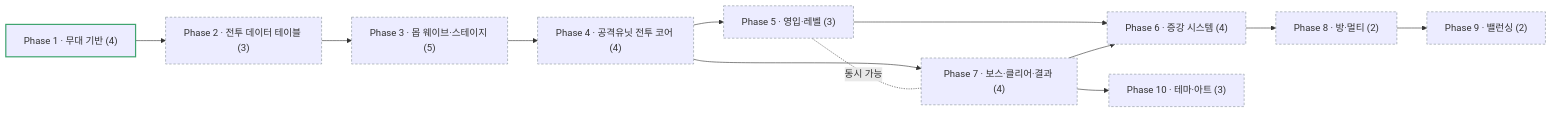
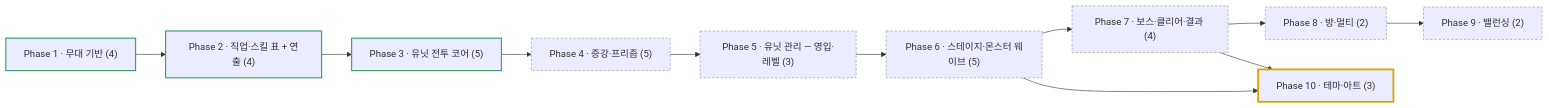
One commit to HaSungJe/msw changed the diagram in .beaver/output/roadmap/maple-augment-defense-roadmap.md. Above: the diagram before and after it, drawn with Mermaid. The commit also changed other lines of this file and 2 other files, not shown here.

````diff
--- a/.beaver/output/roadmap/maple-augment-defense-roadmap.md
+++ b/.beaver/output/roadmap/maple-augment-defense-roadmap.md
@@ -21,16 +22,16 @@
 ```mermaid
 flowchart LR
-  P1["Phase 1 · 무대 기반 (4)"]:::done --> P2["Phase 2 · 전투 데이터 테이블 (3)"]:::todo
-  P2 --> P3["Phase 3 · 몹 웨이브·스테이지 (5)"]:::todo
-  P3 --> P4["Phase 4 · 공격유닛 전투 코어 (4)"]:::todo
-  P4 --> P5["Phase 5 · 영입·레벨 (3)"]:::todo
-  P4 --> P7["Phase 7 · 보스·클리어·결과 (4)"]:::todo
-  P5 -. 동시 가능 .- P7
-  P5 --> P6["Phase 6 · 증강 시스템 (4)"]:::todo
-  P7 --> P6
-  P6 --> P8["Phase 8 · 방·멀티 (2)"]:::todo
-  P7 --> P10["Phase 10 · 테마·아트 (3)"]:::todo
+  P1["Phase 1 · 무대 기반 (4)"]:::done --> P2["Phase 2 · 직업·스킬 표 + 연출 (4)"]:::done
+  P2 --> P3["Phase 3 · 유닛 전투 코어 (5)"]:::done
+  P3 --> P4["Phase 4 · 증강·프리즘 (5)"]:::todo
+  P4 --> P5["Phase 5 · 유닛 관리 — 영입·레벨 (3)"]:::todo
+  P5 --> P6["Phase 6 · 스테이지·몬스터 웨이브 (5)"]:::todo
+  P6 --> P7["Phase 7 · 보스·클리어·결과 (4)"]:::todo
+  P7 --> P8["Phase 8 · 방·멀티 (2)"]:::todo
   P8 --> P9["Phase 9 · 밸런싱 (2)"]:::todo
+  P6 --> P10["Phase 10 · 테마·아트 (3)"]:::inprogress
+  P7 --> P10
   classDef done stroke:#3fa46f,stroke-width:2px
+  classDef inprogress stroke:#d9a300,stroke-width:3px
   classDef todo stroke:#8a949c,stroke-width:1px,stroke-dasharray:4 3
 ```
````
